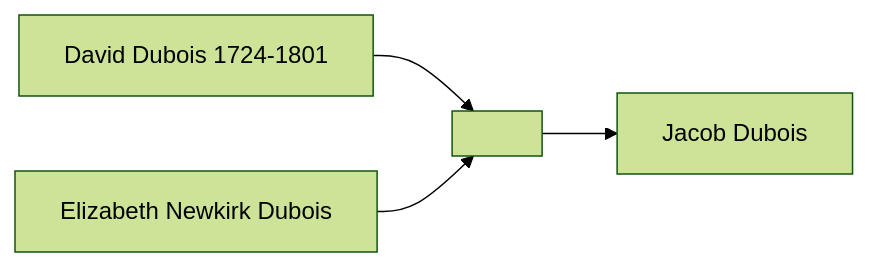
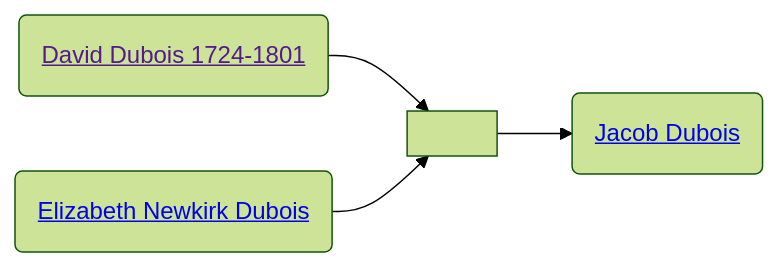
Before and after one commit to neelsmith/avocational: the diagram in familyhistory/sources/people/Henderson-line/Dubois-line/David_Dubois_1724-1801.qmd, drawn with Mermaid (forest theme). The commit also changed 71 other files, not shown here.

````diff
--- a/familyhistory/sources/people/Henderson-line/Dubois-line/David_Dubois_1724-1801.qmd
+++ b/familyhistory/sources/people/Henderson-line/Dubois-line/David_Dubois_1724-1801.qmd
@@ -26,6 +26,11 @@
 ```{mermaid}
 graph LR
-David_Dubois_1724-1801[David Dubois 1724-1801] --> David_Dubois_1724-1801+Elizabeth_Newkirk_Dubois[ ]
-Elizabeth_Newkirk_Dubois[Elizabeth Newkirk Dubois] --> David_Dubois_1724-1801+Elizabeth_Newkirk_Dubois[ ]
-David_Dubois_1724-1801+Elizabeth_Newkirk_Dubois[ ] --> Jacob_Dubois[Jacob Dubois]
+class David_Dubois_1724-1801_and_Elizabeth_Newkirk_Dubois marriage
+David_Dubois_1724-1801(<a href=''>David Dubois 1724-1801</>) --> David_Dubois_1724-1801_and_Elizabeth_Newkirk_Dubois[ ]
+Elizabeth_Newkirk_Dubois(<a href='./Elizabeth_Newkirk_Dubois.html'>Elizabeth Newkirk Dubois</>) --> David_Dubois_1724-1801_and_Elizabeth_Newkirk_Dubois(( ))
+David_Dubois_1724-1801_and_Elizabeth_Newkirk_Dubois[ ] --> Jacob_Dubois(<a href='./Jacob_Dubois.html'>Jacob Dubois</>)
+classDef mother fill:#ffd1dc
+classDef father fill:#daf0f7  
+classDef marriage fill:#ffffff
+
 ```
````
